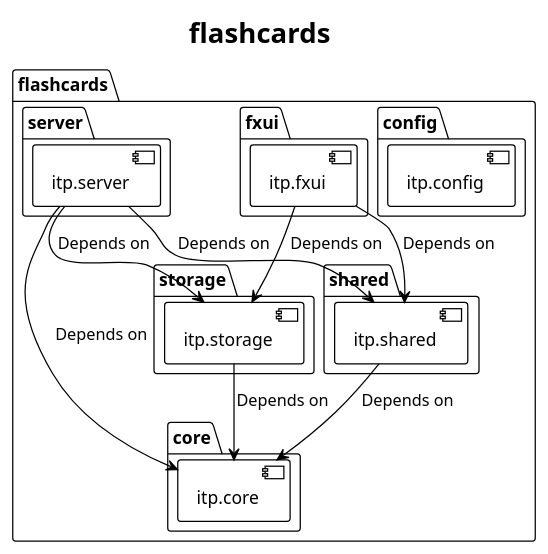
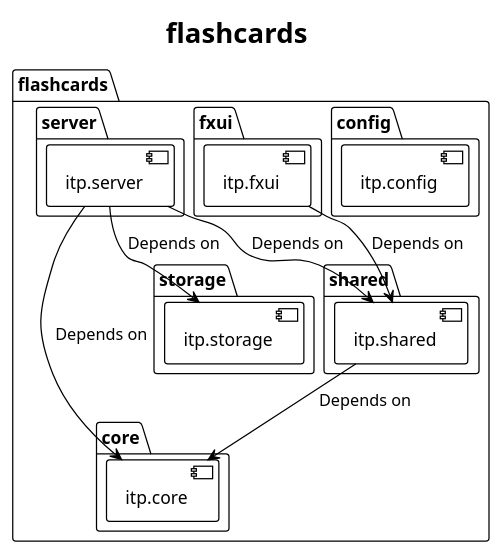
Before and after one commit to marennodenes/Flashcard-App: the diagram in docs/release_3/uml_documentation/package.puml, drawn with PlantUML. The commit also changed 1 other file, not shown here.

Commit message:
docs(uml): updated dependencies
updated package uml diagram after removing the dependency between fxui and core.

#106

```diff
--- a/docs/release_3/uml_documentation/package.puml
+++ b/docs/release_3/uml_documentation/package.puml
@@ -1,43 +1,41 @@
 @startuml package
 !theme plain
 skinparam monochrome true
 skinparam shadowing false
 !pragma layout smetana
 title flashcards
 
 package "flashcards" {
 
     package "config" {
         [itp.config]
     }
 
     package "core" {
         [itp.core]
     }
     
     package "fxui" {
         [itp.fxui]
     }
 
     package "storage" {
         [itp.storage]
     }
 
     package "shared" {
         [itp.shared]
     }
 
     package "server" {
         [itp.server]
     }
 }
 
-"itp.fxui" --> "itp.storage" : "Depends on"
-"itp.fxui" --> "itp.shared" : "Depends on"
-"itp.storage" --> "itp.core" : "Depends on"
 "itp.server" --> "itp.storage" : "Depends on"
 "itp.server" --> "itp.shared" : "Depends on"
 "itp.server" --> "itp.core" : "Depends on"
+"itp.fxui" --> "itp.shared" : "Depends on"
 "itp.shared" --> "itp.core" : "Depends on"
 
 @enduml
```
